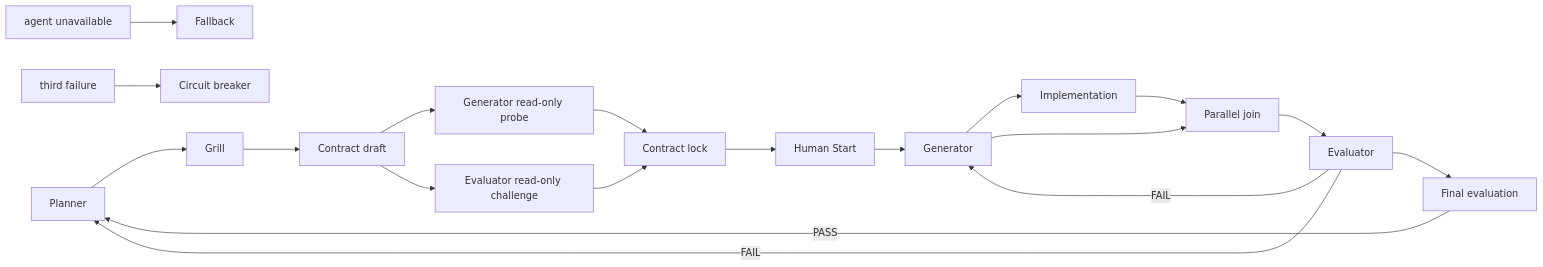
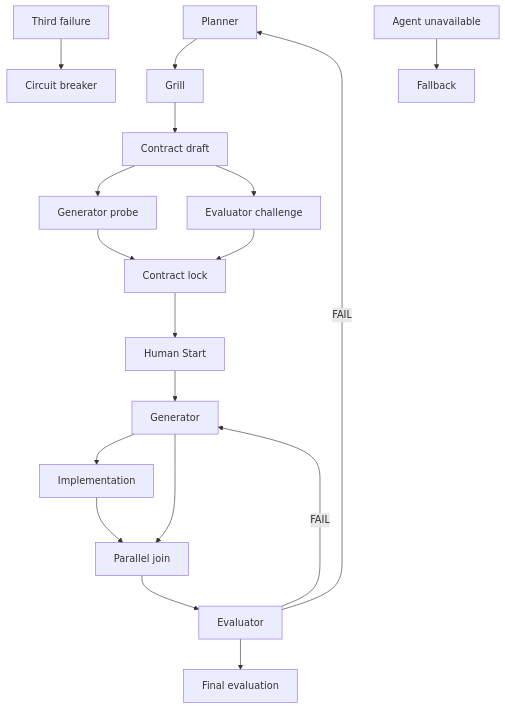
One commit to YangZhaoWeblog/skills-develop changed the diagram in skills/engineering/harness-build/assets/baseline/harness/pge-protocol.md. Above: the diagram before and after it, drawn with Mermaid. The commit also changed other lines of this file and 43 other files, not shown here.

````diff
--- a/skills/engineering/harness-build/assets/baseline/harness/pge-protocol.md
+++ b/skills/engineering/harness-build/assets/baseline/harness/pge-protocol.md
@@ -30,37 +21,36 @@
 ```mermaid
-flowchart LR
+flowchart TD
     Planner[Planner]
     Grill[Grill]
     ContractDraft[Contract draft]
-    GeneratorProbe[Generator read-only probe]
-    EvaluatorChallenge[Evaluator read-only challenge]
+    GeneratorProbe[Generator probe]
+    EvaluatorChallenge[Evaluator challenge]
     ContractLock[Contract lock]
     HumanStart[Human Start]
     Generator[Generator]
     Implementation[Implementation]
     ParallelJoin[Parallel join]
     Evaluator[Evaluator]
     FinalEvaluation[Final evaluation]
+    ThirdFailure[Third failure]
+    CircuitBreaker[Circuit breaker]
+    AgentUnavailable[Agent unavailable]
     Fallback[Fallback]
-    CircuitBreaker[Circuit breaker]
-    ThirdFailure[third failure]
-    AgentUnavailable[agent unavailable]
     Planner --> Grill
     Grill --> ContractDraft
     ContractDraft --> GeneratorProbe
     ContractDraft --> EvaluatorChallenge
     GeneratorProbe --> ContractLock
     EvaluatorChallenge --> ContractLock
     ContractLock --> HumanStart
     HumanStart --> Generator
     Generator --> Implementation
     Generator --> ParallelJoin
     Implementation --> ParallelJoin
     ParallelJoin --> Evaluator
     Evaluator --> FinalEvaluation
-    FinalEvaluation -->|PASS| Planner
     Evaluator -->|FAIL| Generator
     Evaluator -->|FAIL| Planner
     ThirdFailure --> CircuitBreaker
     AgentUnavailable --> Fallback
 ```
````
